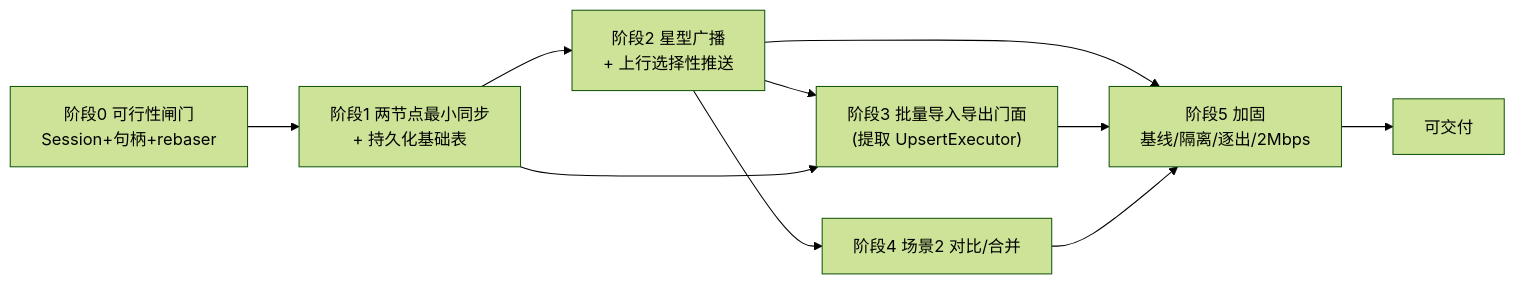
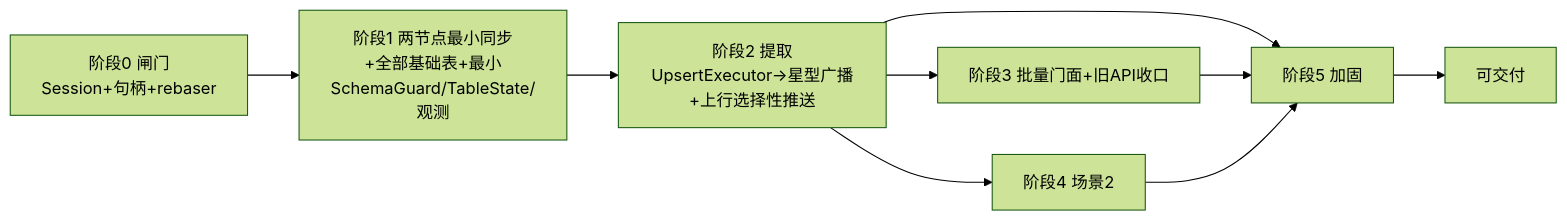
The first of 2 diagrams in specs/SQLite-同步工具-plan.md (055liufl/excelproject), drawn with Mermaid (forest theme) before and after one commit. The commit also changed other lines of this file, not shown here.

````diff
--- a/specs/SQLite-同步工具-plan.md
+++ b/specs/SQLite-同步工具-plan.md
@@ -26,12 +26,11 @@
 ```mermaid
 graph LR
-    P0["阶段0 可行性闸门<br/>Session+句柄+rebaser"] --> P1["阶段1 两节点最小同步<br/>+ 持久化基础表"]
-    P1 --> P2["阶段2 星型广播<br/>+ 上行选择性推送"]
-    P2 --> P3["阶段3 批量导入导出门面<br/>(提取 UpsertExecutor)"]
-    P1 --> P3
-    P2 --> P4["阶段4 场景2 对比/合并"]
-    P2 --> P5["阶段5 加固<br/>基线/隔离/逐出/2Mbps"]
+    P0["阶段0 闸门<br/>Session+句柄+rebaser"] --> P1["阶段1 两节点最小同步<br/>+全部基础表+最小SchemaGuard/TableState/观测"]
+    P1 --> P2["阶段2 提取UpsertExecutor→星型广播+上行选择性推送"]
+    P2 --> P3["阶段3 批量门面+旧API收口"]
+    P2 --> P4["阶段4 场景2"]
+    P2 --> P5["阶段5 加固"]
     P3 --> P5
     P4 --> P5
     P5 --> DONE["可交付"]
 ```
````
